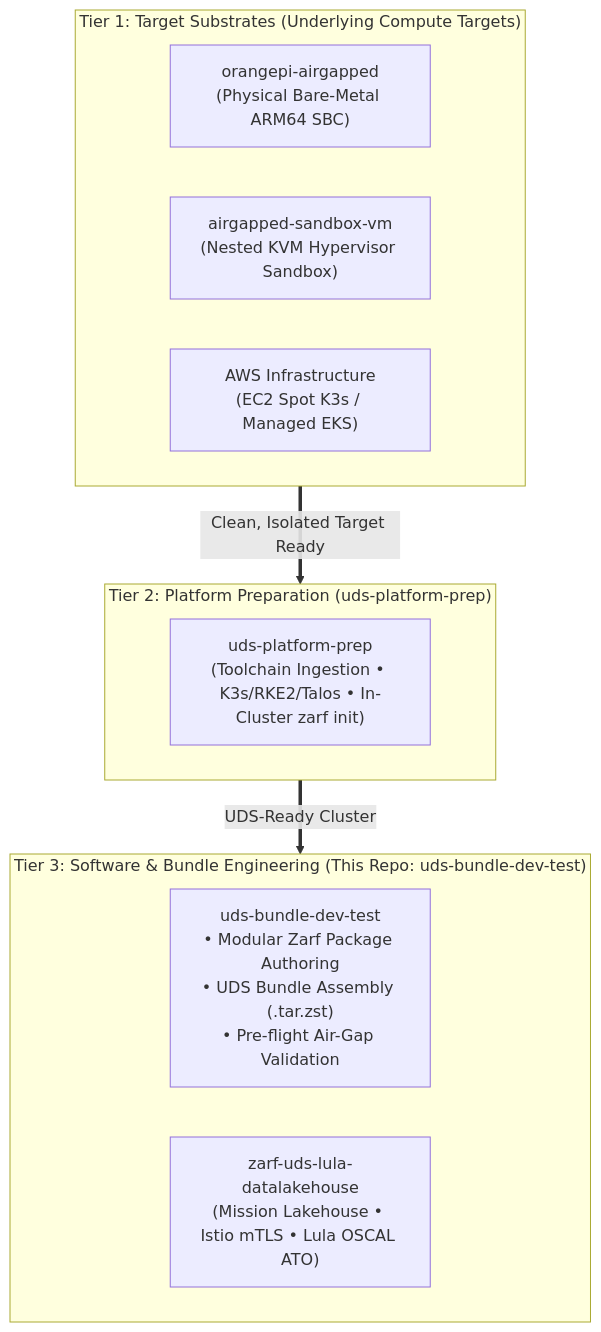
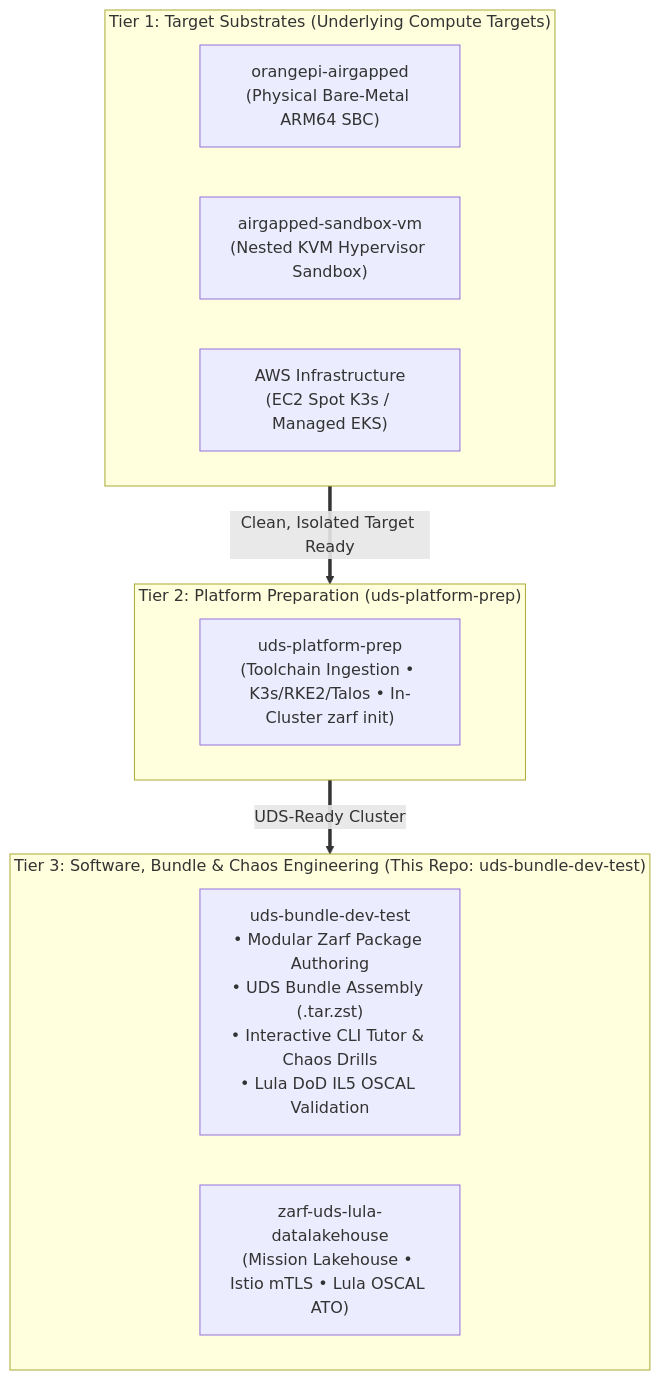
One commit to celttechie/uds-bundle-dev-test changed the diagram in README.md. Above: the diagram before and after it, drawn with Mermaid. The commit also changed other lines of this file and 12 other files, not shown here.

First line of the commit message:
feat(drills): add interactive CLI troubleshooting tutor and chaos engine for Zarf, UDS, K8s, and Lula

````diff
--- a/README.md
+++ b/README.md
@@ -21,23 +20,23 @@
 ```mermaid
 flowchart TD
     subgraph T1 ["Tier 1: Target Substrates (Underlying Compute Targets)"]
         direction LR
         OPI["orangepi-airgapped\n(Physical Bare-Metal ARM64 SBC)"]
         KVM["airgapped-sandbox-vm\n(Nested KVM Hypervisor Sandbox)"]
         AWS["AWS Infrastructure\n(EC2 Spot K3s / Managed EKS)"]
     end
 
     subgraph T2 ["Tier 2: Platform Preparation (uds-platform-prep)"]
         direction LR
         PREP["uds-platform-prep\n(Toolchain Ingestion • K3s/RKE2/Talos • In-Cluster zarf init)"]
     end
 
-    subgraph T3 ["Tier 3: Software & Bundle Engineering (This Repo: uds-bundle-dev-test)"]
+    subgraph T3 ["Tier 3: Software, Bundle & Chaos Engineering (This Repo: uds-bundle-dev-test)"]
         direction LR
-        DEV["uds-bundle-dev-test\n• Modular Zarf Package Authoring\n• UDS Bundle Assembly (.tar.zst)\n• Pre-flight Air-Gap Validation"]
+        DEV["uds-bundle-dev-test\n• Modular Zarf Package Authoring\n• UDS Bundle Assembly (.tar.zst)\n• Interactive CLI Tutor & Chaos Drills\n• Lula DoD IL5 OSCAL Validation"]
         LAKE["zarf-uds-lula-datalakehouse\n(Mission Lakehouse • Istio mTLS • Lula OSCAL ATO)"]
     end
 
     T1 ==>|"Clean, Isolated Target Ready"| T2
     T2 ==>|"UDS-Ready Cluster"| T3
 ```
````
